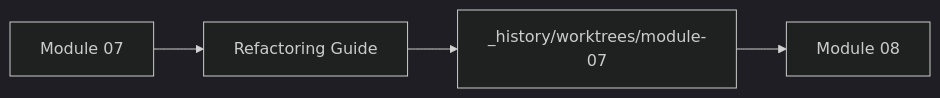
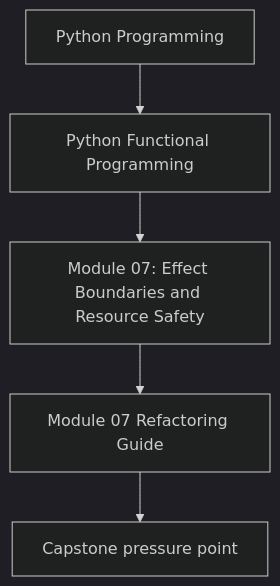
One commit to bijux/bijux-masterclass changed the first of 2 diagrams in programs/python-programming/python-functional-programming/course-book/module-07-effect-boundaries-and-resource-safety/refactoring-guide.md. Above: the diagram before and after it, drawn with Mermaid (dark theme). The commit also changed other lines of this file and 118 other files, not shown here.

Commit message:
docs(python-functional-programming): align concept page diagrams

````diff
--- a/programs/python-programming/python-functional-programming/course-book/module-07-effect-boundaries-and-resource-safety/refactoring-guide.md
+++ b/programs/python-programming/python-functional-programming/course-book/module-07-effect-boundaries-and-resource-safety/refactoring-guide.md
@@ -7,6 +7,7 @@
 ```mermaid
-graph LR
-  module["Module 07"] --> guide["Refactoring Guide"]
-  guide --> worktree["_history/worktrees/module-07"]
-  worktree --> next["Module 08"]
+flowchart TD
+  family["Python Programming"] --> program["Python Functional Programming"]
+  program --> module["Module 07: Effect Boundaries and Resource Safety"]
+  module --> concept["Module 07 Refactoring Guide"]
+  concept --> capstone["Capstone pressure point"]
 ```
````
